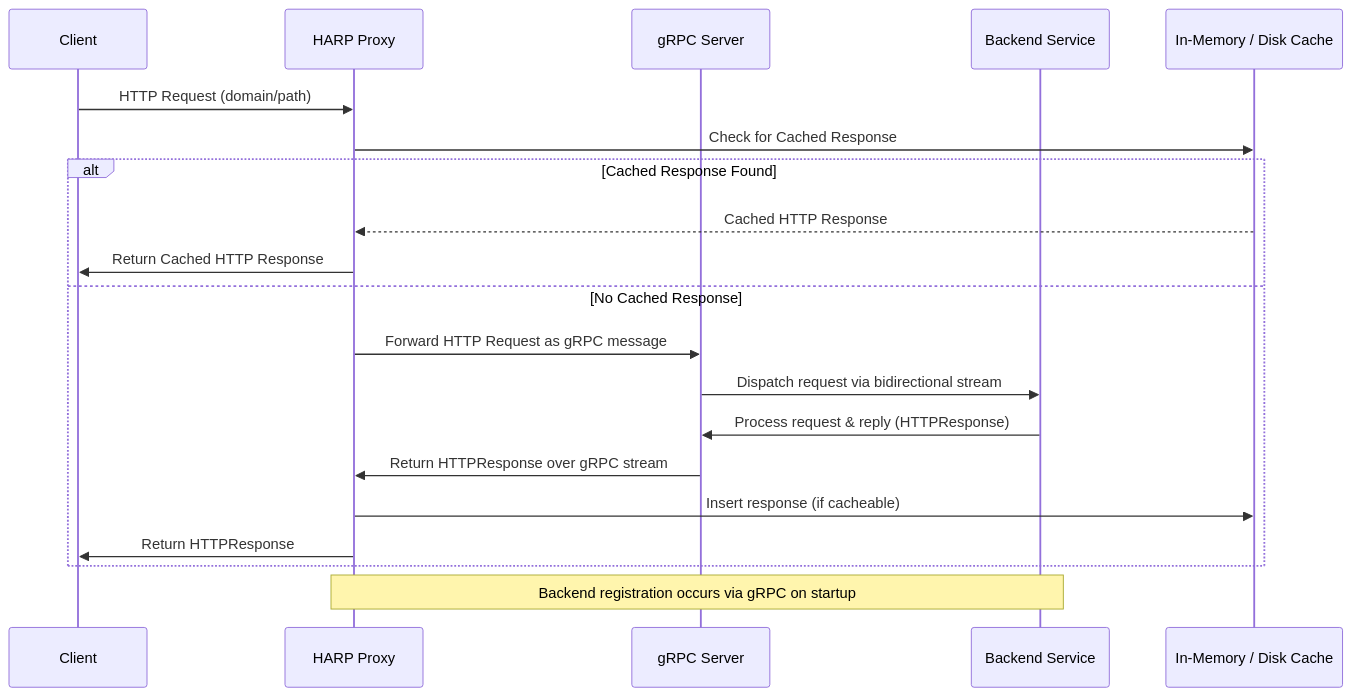
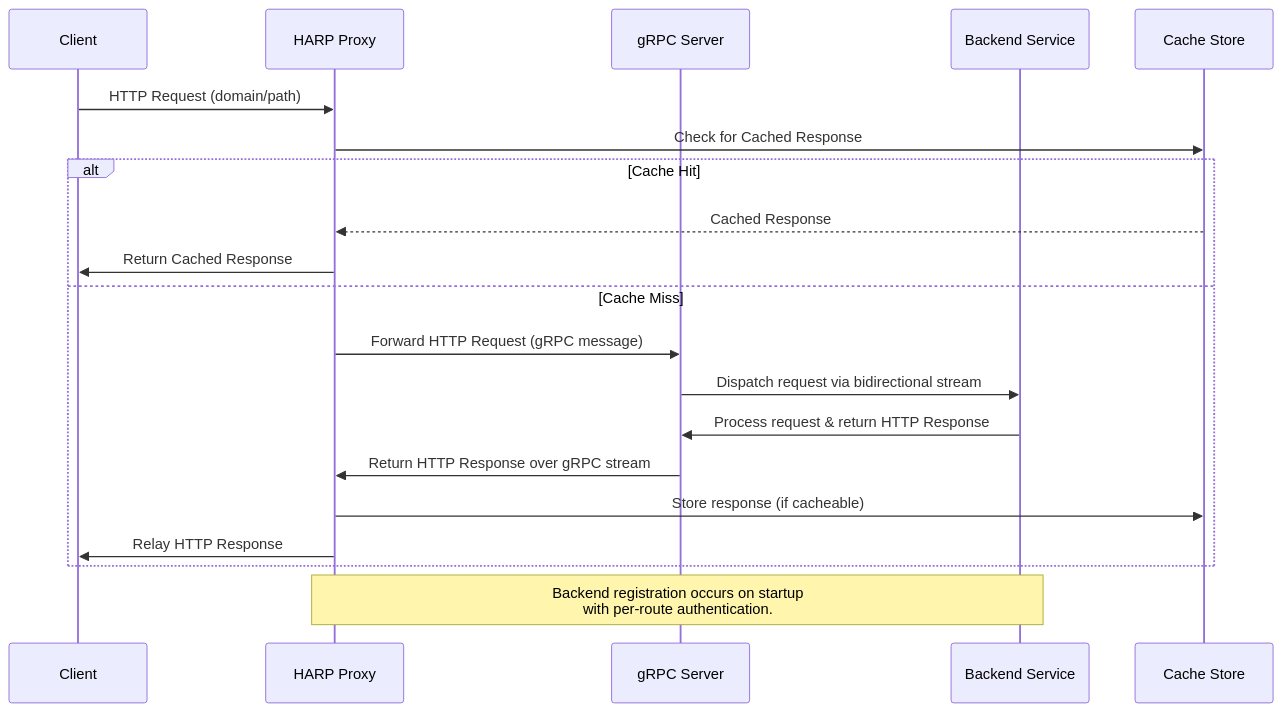
Before and after one commit to SimonWaldherr/HARP: the diagram in README.md, drawn with Mermaid. The commit also changed other lines of this file and 20 other files, not shown here.

````diff
--- a/README.md
+++ b/README.md
@@ -59,24 +62,24 @@
 ```mermaid
 sequenceDiagram
     participant Client as Client
-    participant HARP as HARP Proxy
+    participant Proxy as HARP Proxy
     participant GRPC as gRPC Server
     participant Backend as Backend Service
-    participant Cache as In-Memory / Disk Cache
+    participant Cache as Cache Store
 
-    Client->>HARP: HTTP Request (domain/path)
-    HARP->>Cache: Check for Cached Response
-    alt Cached Response Found
-        Cache-->>HARP: Cached HTTP Response
-        HARP->>Client: Return Cached HTTP Response
-    else No Cached Response
-        HARP->>GRPC: Forward HTTP Request as gRPC message
+    Client->>Proxy: HTTP Request (domain/path)
+    Proxy->>Cache: Check for Cached Response
+    alt Cache Hit
+        Cache-->>Proxy: Cached Response
+        Proxy->>Client: Return Cached Response
+    else Cache Miss
+        Proxy->>GRPC: Forward HTTP Request (gRPC message)
         GRPC->>Backend: Dispatch request via bidirectional stream
-        Backend->>GRPC: Process request & reply (HTTPResponse)
-        GRPC->>HARP: Return HTTPResponse over gRPC stream
-        HARP->>Cache: Insert response (if cacheable)
-        HARP->>Client: Return HTTPResponse
+        Backend->>GRPC: Process request & return HTTP Response
+        GRPC->>Proxy: Return HTTP Response over gRPC stream
+        Proxy->>Cache: Store response (if cacheable)
+        Proxy->>Client: Relay HTTP Response
     end
 
-    note over Backend,HARP: Backend registration occurs via gRPC on startup
+    note over Backend,Proxy: Backend registration occurs on startup<br/>with per‑route authentication.
 ```
````
